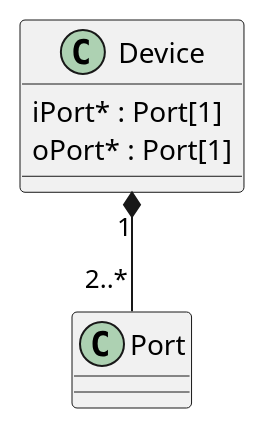
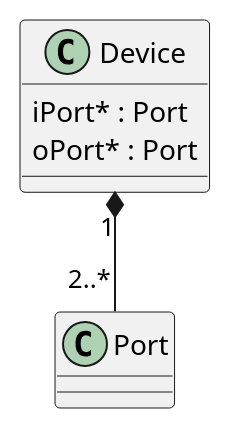
Before and after one commit to thermalogic/PyRankine: the diagram in uml/Device_Port.puml, drawn with PlantUML. The commit also changed 22 other files, not shown here.

```diff
--- a/uml/Device_Port.puml
+++ b/uml/Device_Port.puml
@@ -1,7 +1,7 @@
 @startuml
 class Device{
-  iPort* : Port[1]
-  oPort* : Port[1]
+  iPort* : Port
+  oPort* : Port
 }
 Device "1" *-- "2..*" Port 
 @enduml
```
